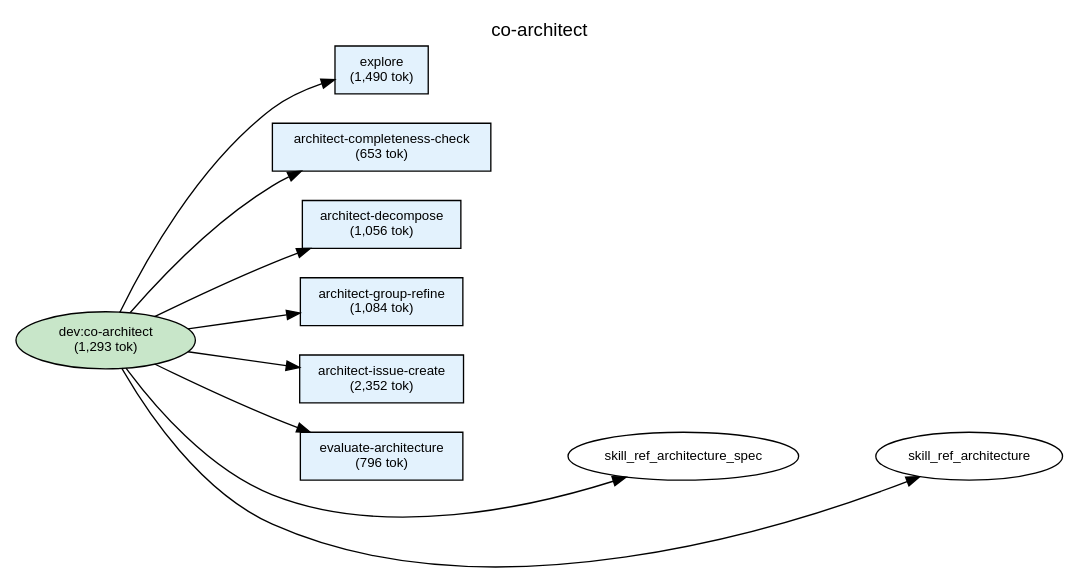
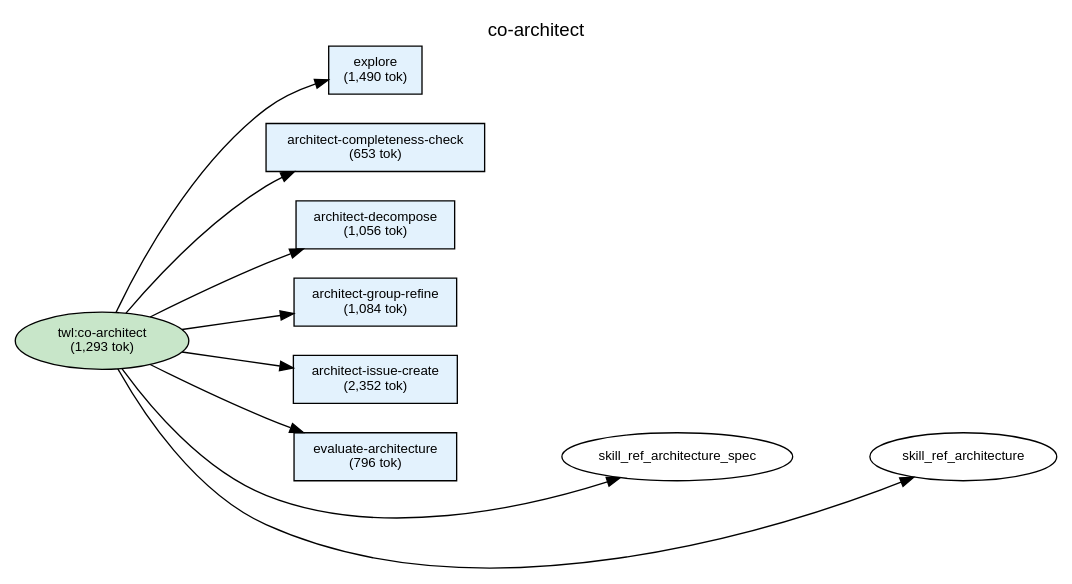
The diagram in plugins/twl/docs/deps-co-architect.dot (shuu5/twill), drawn with Graphviz before and after one commit. The commit also changed 19 other files, not shown here.

```diff
--- a/plugins/twl/docs/deps-co-architect.dot
+++ b/plugins/twl/docs/deps-co-architect.dot
@@ -1,61 +1,61 @@
 digraph Dependencies {
     // Graph settings
     rankdir=LR;
     ranksep=0.8;
     nodesep=0.3;
     fontname="Helvetica";
     node [fontname="Helvetica", fontsize=10];
     edge [fontname="Helvetica", fontsize=9];
     label="co-architect";
     labelloc=t;
     fontsize=14;
 
     // L0: Controller Skills
-    skill_co_architect [label="dev:co-architect\n(1,293 tok)", shape=ellipse, style=filled, fillcolor="#c8e6c9"];
+    skill_co_architect [label="twl:co-architect\n(1,293 tok)", shape=ellipse, style=filled, fillcolor="#c8e6c9"];
 
     // L0: Launchers
 
     // L0.5: Workflow Skills
 
     // Reference Skills
 
     // L1: Direct Commands
     cmd_architect_completeness_check [label="architect-completeness-check\n(653 tok)", shape=box, style=filled, fillcolor="#e3f2fd"];
     cmd_architect_decompose [label="architect-decompose\n(1,056 tok)", shape=box, style=filled, fillcolor="#e3f2fd"];
     cmd_architect_group_refine [label="architect-group-refine\n(1,084 tok)", shape=box, style=filled, fillcolor="#e3f2fd"];
     cmd_architect_issue_create [label="architect-issue-create\n(2,352 tok)", shape=box, style=filled, fillcolor="#e3f2fd"];
     cmd_evaluate_architecture [label="evaluate-architecture\n(796 tok)", shape=box, style=filled, fillcolor="#e3f2fd"];
     cmd_explore [label="explore\n(1,490 tok)", shape=box, style=filled, fillcolor="#e3f2fd"];
 
     // L2: Sub Commands
 
     // L3: Agents
 
     // L3.5: Scripts
 
     // L4: External
 
     // Layer constraints
     { rank=same; skill_co_architect; }
     { rank=same; cmd_architect_completeness_check; cmd_architect_decompose; cmd_architect_group_refine; cmd_architect_issue_create; cmd_evaluate_architecture; cmd_explore; }
 
     // Edges
     skill_co_architect -> cmd_explore;
     skill_co_architect -> cmd_architect_completeness_check;
     skill_co_architect -> cmd_architect_decompose;
     skill_co_architect -> cmd_architect_group_refine;
     skill_co_architect -> cmd_architect_issue_create;
     skill_co_architect -> cmd_evaluate_architecture;
     skill_co_architect -> skill_ref_architecture_spec;
     skill_co_architect -> skill_ref_architecture;
 
     // Ordering constraints (invisible edges)
     cmd_explore -> cmd_architect_completeness_check [style=invis, weight=10];
     cmd_architect_completeness_check -> cmd_architect_decompose [style=invis, weight=10];
     cmd_architect_decompose -> cmd_architect_group_refine [style=invis, weight=10];
     cmd_architect_group_refine -> cmd_architect_issue_create [style=invis, weight=10];
     cmd_architect_issue_create -> cmd_evaluate_architecture [style=invis, weight=10];
     cmd_evaluate_architecture -> skill_ref_architecture_spec [style=invis, weight=10];
     skill_ref_architecture_spec -> skill_ref_architecture [style=invis, weight=10];
 
 }
```
